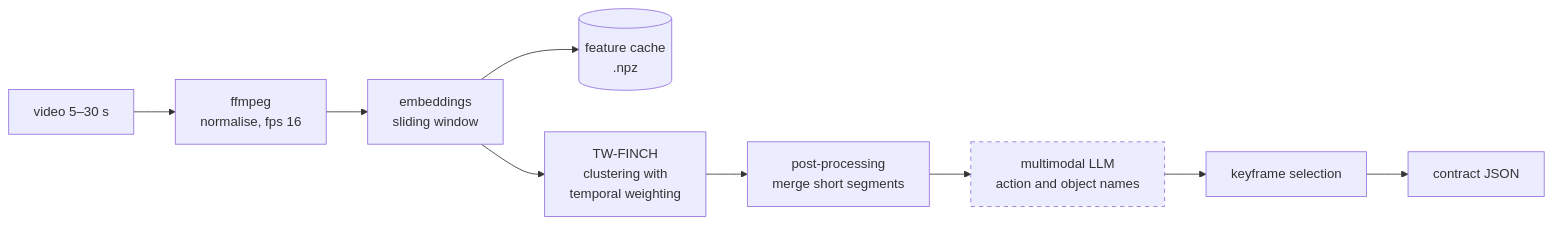
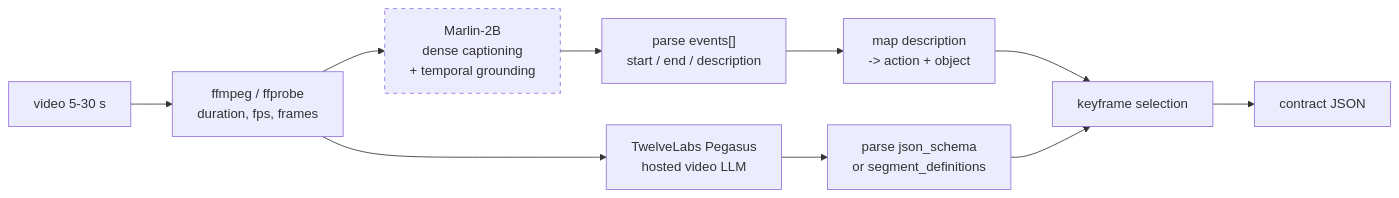
The third of 6 diagrams in docs/diagrams.md (sadjava/boundr), drawn with Mermaid before and after one commit. The commit also changed other lines of this file and 3 other files, not shown here.

````diff
--- a/docs/diagrams.md
+++ b/docs/diagrams.md
@@ -59,13 +63,18 @@
 ```mermaid
 flowchart LR
-    V["video 5–30 s"] --> FF["ffmpeg<br/>normalise, fps 16"]
-    FF --> EMB["embeddings<br/>sliding window"]
-    EMB --> CACHE[("feature cache<br/>.npz")]
-    EMB --> SEG["TW-FINCH<br/>clustering with<br/>temporal weighting"]
-    SEG --> POST["post-processing<br/>merge short segments"]
-    POST --> LBL["multimodal LLM<br/>action and object names"]
-    LBL --> KF["keyframe selection"]
+    V["video 5-30 s"] --> FF["ffmpeg / ffprobe<br/>duration, fps, frames"]
+
+    FF --> M["Marlin-2B<br/>dense captioning<br/>+ temporal grounding"]
+    FF --> P["TwelveLabs Pegasus<br/>hosted video LLM"]
+
+    M --> PARSE["parse events[]<br/>start / end / description"]
+    PARSE --> MAP["map description<br/>-> action + object"]
+
+    P --> PP["parse json_schema<br/>or segment_definitions"]
+
+    MAP --> KF["keyframe selection"]
+    PP --> KF
     KF --> OUT["contract JSON"]
 
-    style LBL stroke-dasharray: 5 5
+    style M stroke-dasharray: 5 5
 ```
````
